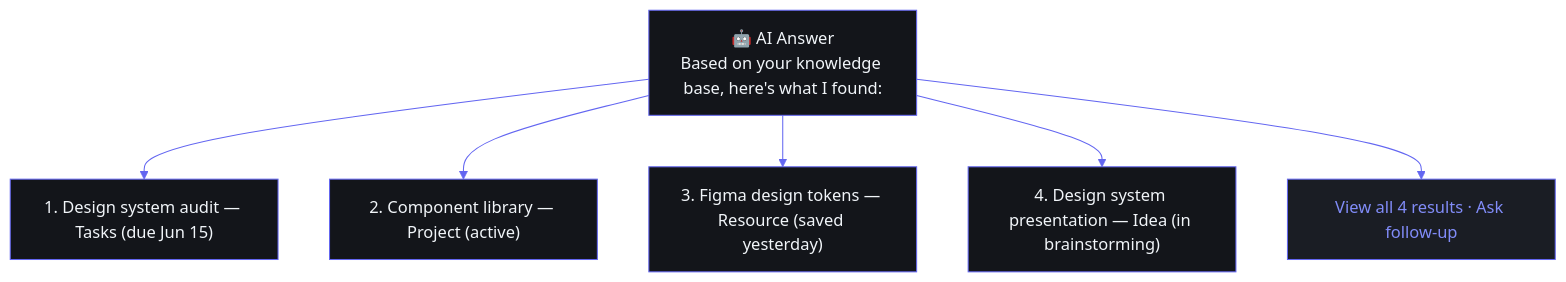
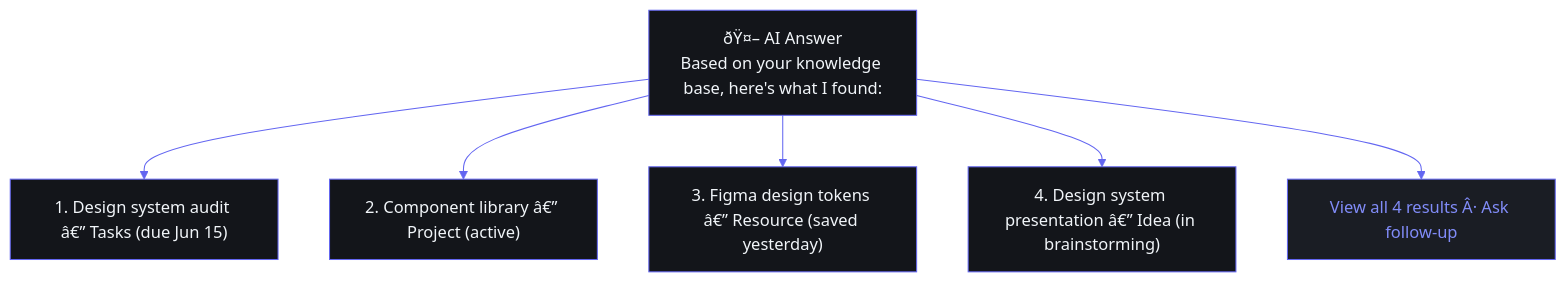
Diagram 12 of 35 in docs/design/InformationArchitecture.md (rohitkumarnaidu/ARIA-OS---SecondBrain-), drawn with Mermaid before and after one commit. The commit also changed other lines of this file and 9 other files, not shown here.

````diff
--- a/docs/design/InformationArchitecture.md
+++ b/docs/design/InformationArchitecture.md
@@ -1005,11 +1005,11 @@
 ```mermaid
 %%{init: {'theme': 'base', 'themeVariables': {'background': '#0A0B0F', 'primaryColor': '#13151A', 'primaryBorderColor': '#6366F1', 'primaryTextColor': '#F1F5F9', 'lineColor': '#6366F1', 'secondaryColor': '#1A1D24', 'tertiaryColor': '#0A0B0F', 'fontFamily': 'DM Sans'}}}%%
 graph TD
-    AI[🤖 AI Answer<br/>Based on your knowledge base, here's what I found:] --> R1["1. Design system audit — Tasks (due Jun 15)"]
-    AI --> R2["2. Component library — Project (active)"]
-    AI --> R3["3. Figma design tokens — Resource (saved yesterday)"]
-    AI --> R4["4. Design system presentation — Idea (in brainstorming)"]
-    AI --> FA[View all 4 results · Ask follow-up]
+    AI[ðŸ¤– AI Answer<br/>Based on your knowledge base, here's what I found:] --> R1["1. Design system audit â€” Tasks (due Jun 15)"]
+    AI --> R2["2. Component library â€” Project (active)"]
+    AI --> R3["3. Figma design tokens â€” Resource (saved yesterday)"]
+    AI --> R4["4. Design system presentation â€” Idea (in brainstorming)"]
+    AI --> FA[View all 4 results Â· Ask follow-up]
     style AI fill:#13151A,stroke:#6366F1,color:#F1F5F9
     style FA fill:#1A1D24,stroke:#6366F1,color:#818CF8
 ```
````
